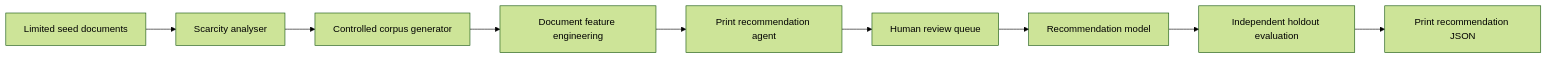
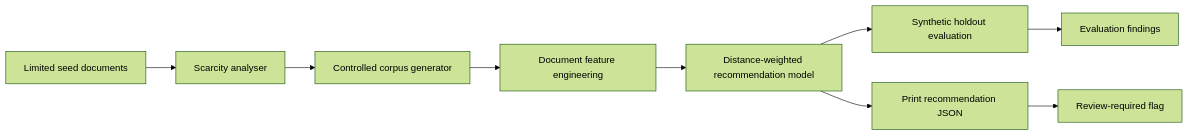
The diagram in projects/synthetic-data-print-recommendation-agent/README.md (omni-shiva/shiva-applied-agentic), drawn with Mermaid (forest theme) before and after one commit. The commit also changed other lines of this file and 16 other files, not shown here.

````diff
--- a/projects/synthetic-data-print-recommendation-agent/README.md
+++ b/projects/synthetic-data-print-recommendation-agent/README.md
@@ -26,11 +27,11 @@
 ```mermaid
 flowchart LR
     S["Limited seed documents"] --> A["Scarcity analyser"]
     A --> G["Controlled corpus generator"]
     G --> F["Document feature engineering"]
-    F --> R["Print recommendation agent"]
-    R --> Q["Human review queue"]
-    Q --> M["Recommendation model"]
-    M --> H["Independent holdout evaluation"]
-    H --> J["Print recommendation JSON"]
+    F --> M["Distance-weighted recommendation model"]
+    M --> H["Synthetic holdout evaluation"]
+    H --> J["Evaluation findings"]
+    M --> R["Print recommendation JSON"]
+    R --> Q["Review-required flag"]
 ```
````
